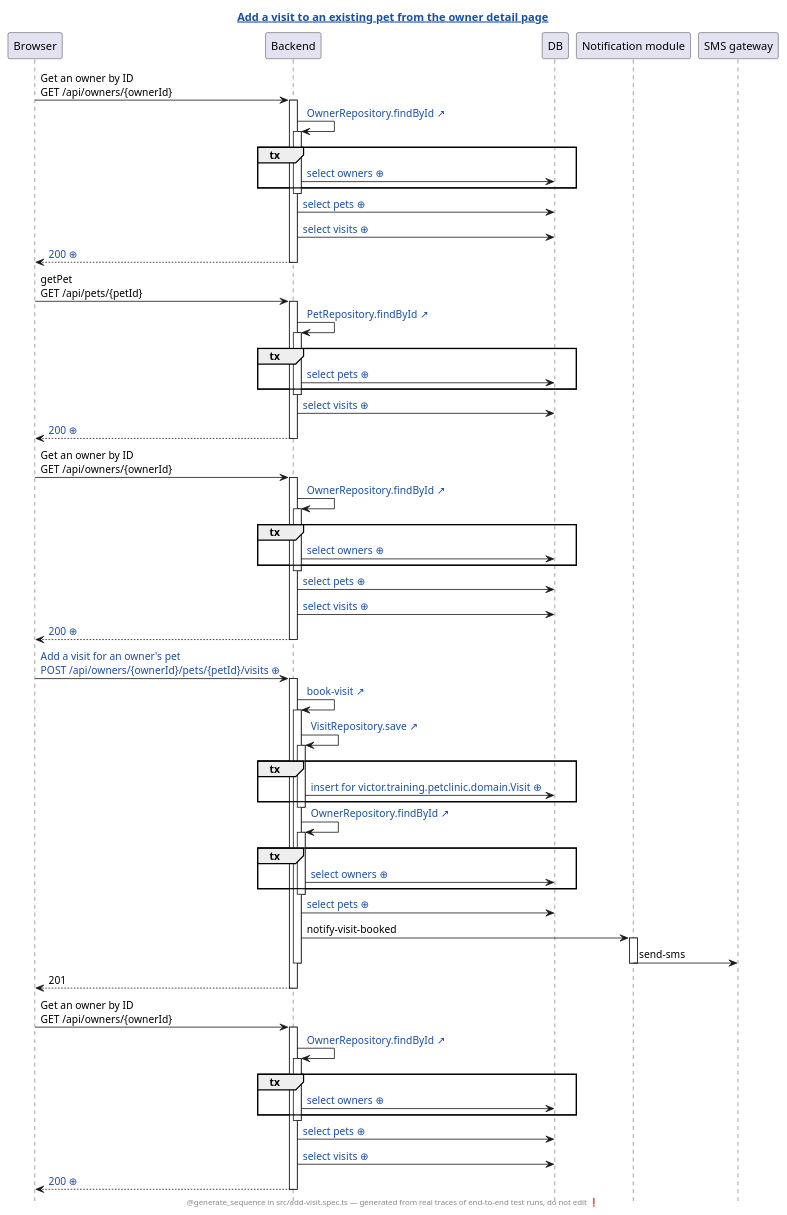
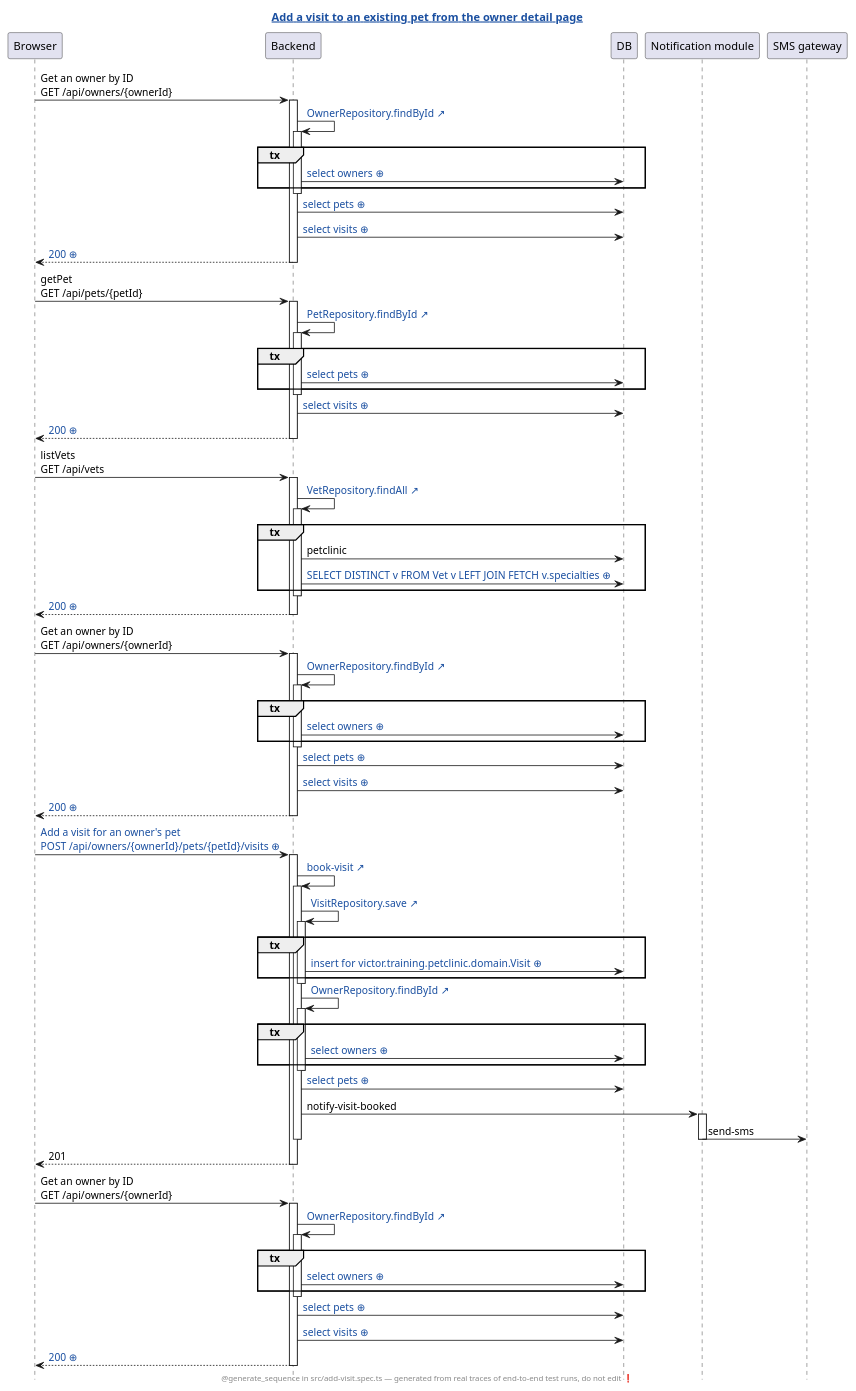
One commit to victorrentea/petclinic changed the diagram in petclinic-test/generated/add-visit.spec.ts.add-a-visit-to-an-existing-pet-from-the-owner-detail-page.genseq.puml. Above: the diagram before and after it, drawn with PlantUML. The commit also changed 7 other files, not shown here.

First line of the commit message:
Record the sequence diagrams of the vet-linking tests

```diff
--- a/petclinic-test/generated/add-visit.spec.ts.add-a-visit-to-an-existing-pet-from-the-owner-detail-page.genseq.puml
+++ b/petclinic-test/generated/add-visit.spec.ts.add-a-visit-to-an-existing-pet-from-the-owner-detail-page.genseq.puml
@@ -1,84 +1,95 @@
 @startuml
 ' ⚠️  GENERATED FILE — DO NOT EDIT. Every edit is lost on the next run.
 hide footbox
 skinparam hyperlinkUnderline false
 skinparam hyperlinkColor #1A4FA0
-title [[src://petclinic-test/src/add-visit.spec.ts:31{Click to open the test} Add a visit to an existing pet from the owner detail page]]
+title [[src://petclinic-test/src/add-visit.spec.ts:34{Click to open the test} Add a visit to an existing pet from the owner detail page]]
 footer @generate_sequence in src/add-visit.spec.ts — generated from real traces of end-to-end test runs, do not edit ❗
 participant Browser
 participant Backend
 participant DB
 participant "Notification module"
 participant "SMS gateway"
 Browser -> Backend: Get an owner by ID\nGET /api/owners/{ownerId}
 activate Backend
 Backend -> Backend: [[src://petclinic-backend/src/main/java/victor/training/petclinic/repository/OwnerRepository.java:14{Click to open OwnerRepository.findById} OwnerRepository.findById ↗]]
 activate Backend
 group tx
 Backend -> DB: [[genseq://0x8aana{Click for the statement behind this call} select owners ⊕]]
 end
 deactivate Backend
 Backend -> DB: [[genseq://18567ho{Click for the statement behind this call} select pets ⊕]]
-Backend -> DB: [[genseq://13apewa{Click for the statement behind this call} select visits ⊕]]
-Backend --> Browser: [[genseq://0tvg3tn{Click for this call’s JSON body} 200 ⊕]]
+Backend -> DB: [[genseq://1eq1h2q{Click for the statement behind this call} select visits ⊕]]
+Backend --> Browser: [[genseq://01paq2v{Click for this call’s JSON body} 200 ⊕]]
 deactivate Backend
 Browser -> Backend: getPet\nGET /api/pets/{petId}
 activate Backend
 Backend -> Backend: [[src://petclinic-backend/src/main/java/victor/training/petclinic/repository/PetRepository.java:16{Click to open PetRepository.findById} PetRepository.findById ↗]]
 activate Backend
 group tx
 Backend -> DB: [[genseq://0y7w2ps{Click for the statement behind this call} select pets ⊕]]
 end
 deactivate Backend
-Backend -> DB: [[genseq://13apewa{Click for the statement behind this call} select visits ⊕]]
-Backend --> Browser: [[genseq://0ts0dcp{Click for this call’s JSON body} 200 ⊕]]
+Backend -> DB: [[genseq://1eq1h2q{Click for the statement behind this call} select visits ⊕]]
+Backend --> Browser: [[genseq://0yk2pux{Click for this call’s JSON body} 200 ⊕]]
+deactivate Backend
+Browser -> Backend: listVets\nGET /api/vets
+activate Backend
+Backend -> Backend: [[src://petclinic-backend/src/main/java/victor/training/petclinic/repository/VetRepository.java:12{Click to open VetRepository.findAll} VetRepository.findAll ↗]]
+activate Backend
+group tx
+Backend -> DB: petclinic
+Backend -> DB: [[genseq://0p6yxbc{Click for the statement behind this call} SELECT DISTINCT v FROM Vet v LEFT JOIN FETCH v.specialties ⊕]]
+end
+deactivate Backend
+Backend --> Browser: [[genseq://1nmg2oo{Click for this call’s JSON body} 200 ⊕]]
 deactivate Backend
 Browser -> Backend: Get an owner by ID\nGET /api/owners/{ownerId}
 activate Backend
 Backend -> Backend: [[src://petclinic-backend/src/main/java/victor/training/petclinic/repository/OwnerRepository.java:14{Click to open OwnerRepository.findById} OwnerRepository.findById ↗]]
 activate Backend
 group tx
 Backend -> DB: [[genseq://0x8aana{Click for the statement behind this call} select owners ⊕]]
 end
 deactivate Backend
 Backend -> DB: [[genseq://18567ho{Click for the statement behind this call} select pets ⊕]]
-Backend -> DB: [[genseq://13apewa{Click for the statement behind this call} select visits ⊕]]
-Backend --> Browser: [[genseq://0tvg3tn{Click for this call’s JSON body} 200 ⊕]]
+Backend -> DB: [[genseq://1eq1h2q{Click for the statement behind this call} select visits ⊕]]
+Backend --> Browser: [[genseq://16adhaf{Click for this call’s JSON body} 200 ⊕]]
 deactivate Backend
-Browser -> Backend: [[genseq://0keywzn{Click for this call’s JSON body} Add a visit for an owner's pet\nPOST /api/owners/{ownerId}/pets/{petId}/visits ⊕]]
+Browser -> Backend: [[genseq://0howwrm{Click for this call’s JSON body} Add a visit for an owner's pet\nPOST /api/owners/{ownerId}/pets/{petId}/visits ⊕]]
 activate Backend
-Backend -> Backend: [[src://petclinic-backend/src/main/java/victor/training/petclinic/rest/OwnerRestController.java:183{Click to open OwnerRestController.bookVisit} book-visit ↗]]
+Backend -> Backend: [[src://petclinic-backend/src/main/java/victor/training/petclinic/rest/OwnerRestController.java:188{Click to open OwnerRestController.bookVisit} book-visit ↗]]
 activate Backend
 Backend -> Backend: [[src://petclinic-backend/src/main/java/victor/training/petclinic/repository/VisitRepository.java:14{Click to open VisitRepository.save} VisitRepository.save ↗]]
 activate Backend
 group tx
-Backend -> DB: [[genseq://0tmot92{Click for the statement behind this call} insert for victor.training.petclinic.domain.Visit ⊕]]
+Backend -> DB: [[genseq://07dcatd{Click for the statement behind this call} insert for victor.training.petclinic.domain.Visit ⊕]]
 end
 deactivate Backend
 Backend -> Backend: [[src://petclinic-backend/src/main/java/victor/training/petclinic/repository/OwnerRepository.java:14{Click to open OwnerRepository.findById} OwnerRepository.findById ↗]]
 activate Backend
 group tx
 Backend -> DB: [[genseq://0x8aana{Click for the statement behind this call} select owners ⊕]]
 end
 deactivate Backend
 Backend -> DB: [[genseq://18567ho{Click for the statement behind this call} select pets ⊕]]
 Backend -> "Notification module": notify-visit-booked
 activate "Notification module"
 "Notification module" -> "SMS gateway": send-sms
 deactivate "Notification module"
 deactivate Backend
 Backend --> Browser: 201
 deactivate Backend
 Browser -> Backend: Get an owner by ID\nGET /api/owners/{ownerId}
 activate Backend
 Backend -> Backend: [[src://petclinic-backend/src/main/java/victor/training/petclinic/repository/OwnerRepository.java:14{Click to open OwnerRepository.findById} OwnerRepository.findById ↗]]
 activate Backend
 group tx
 Backend -> DB: [[genseq://0x8aana{Click for the statement behind this call} select owners ⊕]]
 end
 deactivate Backend
 Backend -> DB: [[genseq://18567ho{Click for the statement behind this call} select pets ⊕]]
-Backend -> DB: [[genseq://13apewa{Click for the statement behind this call} select visits ⊕]]
-Backend --> Browser: [[genseq://0a11t7h{Click for this call’s JSON body} 200 ⊕]]
+Backend -> DB: [[genseq://1eq1h2q{Click for the statement behind this call} select visits ⊕]]
+Backend --> Browser: [[genseq://0bdri0y{Click for this call’s JSON body} 200 ⊕]]
 deactivate Backend
 @enduml
```
